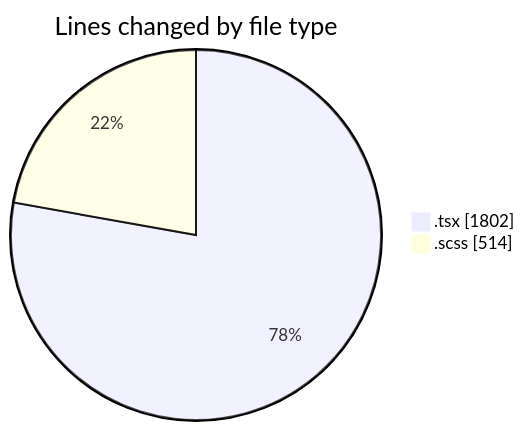
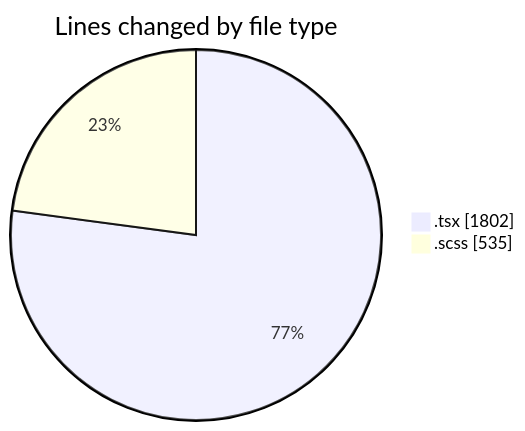
Before and after one commit to momahboobian/code-tracking: the first of 2 diagrams in 2025-10-03/cda/README.md, drawn with Mermaid. The commit also changed other lines of this file and 1 other file, not shown here.

````diff
--- a/2025-10-03/cda/README.md
+++ b/2025-10-03/cda/README.md
@@ -24,6 +24,6 @@
 ```mermaid
 pie showData
 title Lines changed by file type
 ".tsx" : 1802
-".scss" : 514
+".scss" : 535
 ```
````
